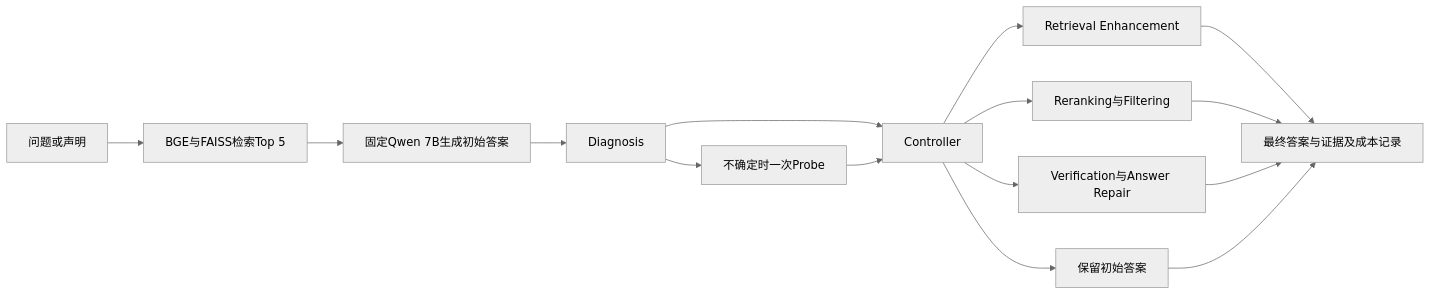
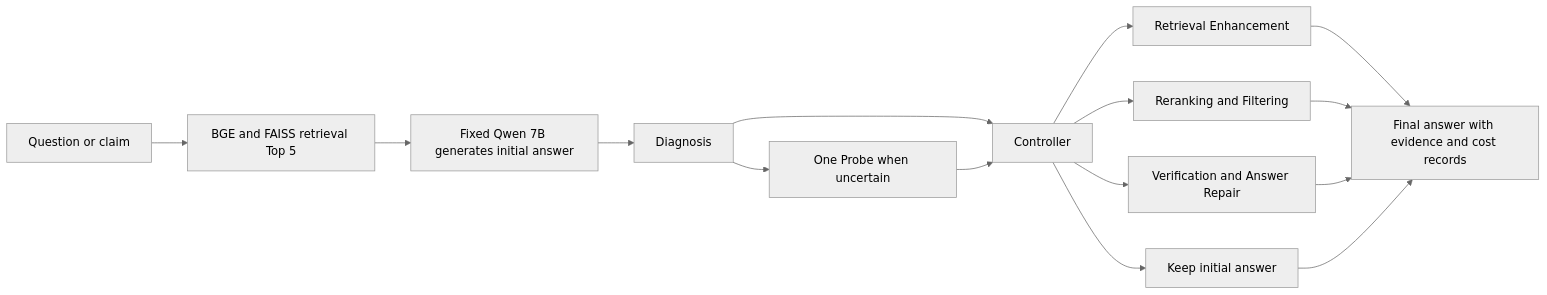
The diagram in docs/PROJECT_STATUS_AND_DIRECTION.md (lzhua020623/capability-aware-slm-rag), drawn with Mermaid (neutral theme) before and after one commit. The commit also changed other lines of this file and 128 other files, not shown here.

````diff
--- a/docs/PROJECT_STATUS_AND_DIRECTION.md
+++ b/docs/PROJECT_STATUS_AND_DIRECTION.md
@@ -55,17 +55,17 @@
 ```mermaid
 flowchart LR
-    Q[问题或声明] --> R[BGE与FAISS检索Top 5]
-    R --> A[固定Qwen 7B生成初始答案]
+    Q[Question or claim] --> R[BGE and FAISS retrieval Top 5]
+    R --> A[Fixed Qwen 7B generates initial answer]
     A --> D[Diagnosis]
-    D --> P[不确定时一次Probe]
+    D --> P[One Probe when uncertain]
     D --> C[Controller]
     P --> C
-    C --> K[保留初始答案]
+    C --> K[Keep initial answer]
     C --> I[Retrieval Enhancement]
-    C --> F[Reranking与Filtering]
-    C --> E[Verification与Answer Repair]
-    I --> O[最终答案与证据及成本记录]
+    C --> F[Reranking and Filtering]
+    C --> E[Verification and Answer Repair]
+    I --> O[Final answer with evidence and cost records]
     F --> O
     E --> O
     K --> O
 ```
````
